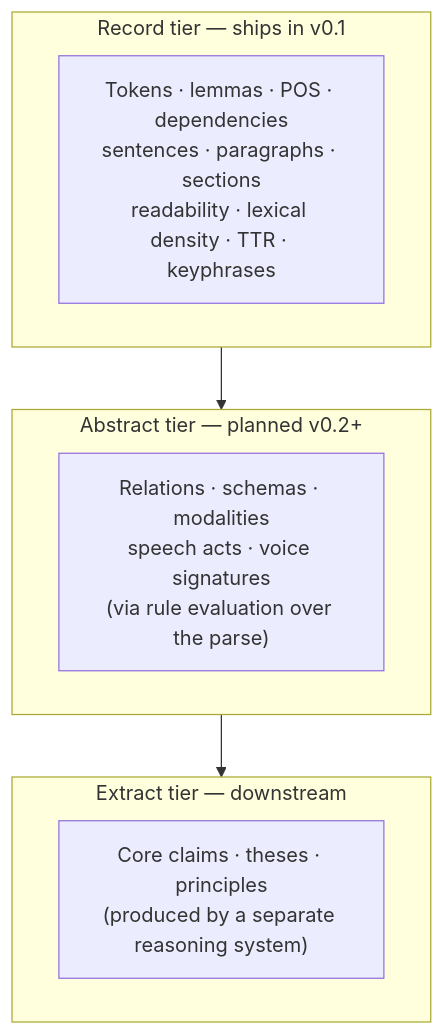
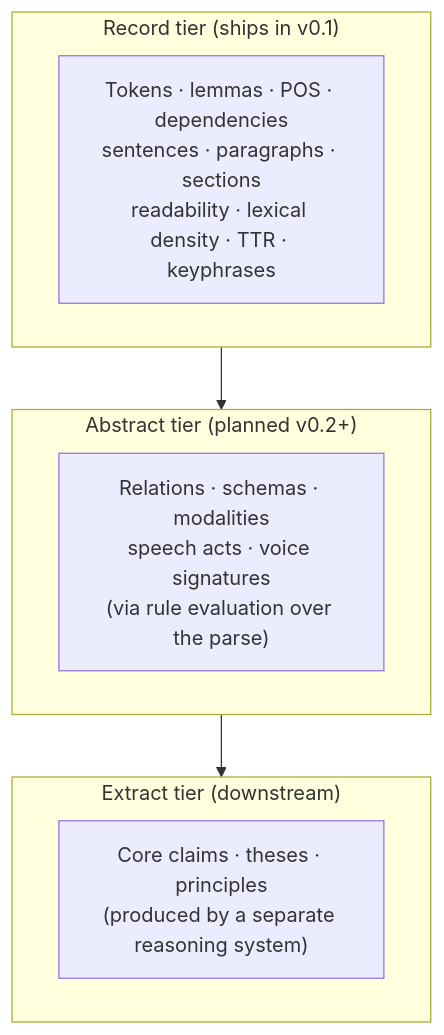
One commit to mox-labs/matra changed the second of 2 diagrams in book/src/understand/conviction.md. Above: the diagram before and after it, drawn with Mermaid. The commit also changed 3 other files, not shown here.

````diff
--- a/book/src/understand/conviction.md
+++ b/book/src/understand/conviction.md
@@ -66,17 +66,17 @@
 ```mermaid
 flowchart TB
-    subgraph sattva["Extract tier — downstream"]
+    subgraph sattva["Extract tier (downstream)"]
         e1["Core claims · theses · principles\n(produced by a separate reasoning system)"]
     end
 
-    subgraph rajas["Abstract tier — planned v0.2+"]
+    subgraph rajas["Abstract tier (planned v0.2+)"]
         a1["Relations · schemas · modalities\nspeech acts · voice signatures\n(via rule evaluation over the parse)"]
     end
 
-    subgraph tamas["Record tier — ships in v0.1"]
+    subgraph tamas["Record tier (ships in v0.1)"]
         t1["Tokens · lemmas · POS · dependencies\nsentences · paragraphs · sections\nreadability · lexical density · TTR · keyphrases"]
     end
 
     tamas --> rajas
     rajas --> sattva
 ```
````
